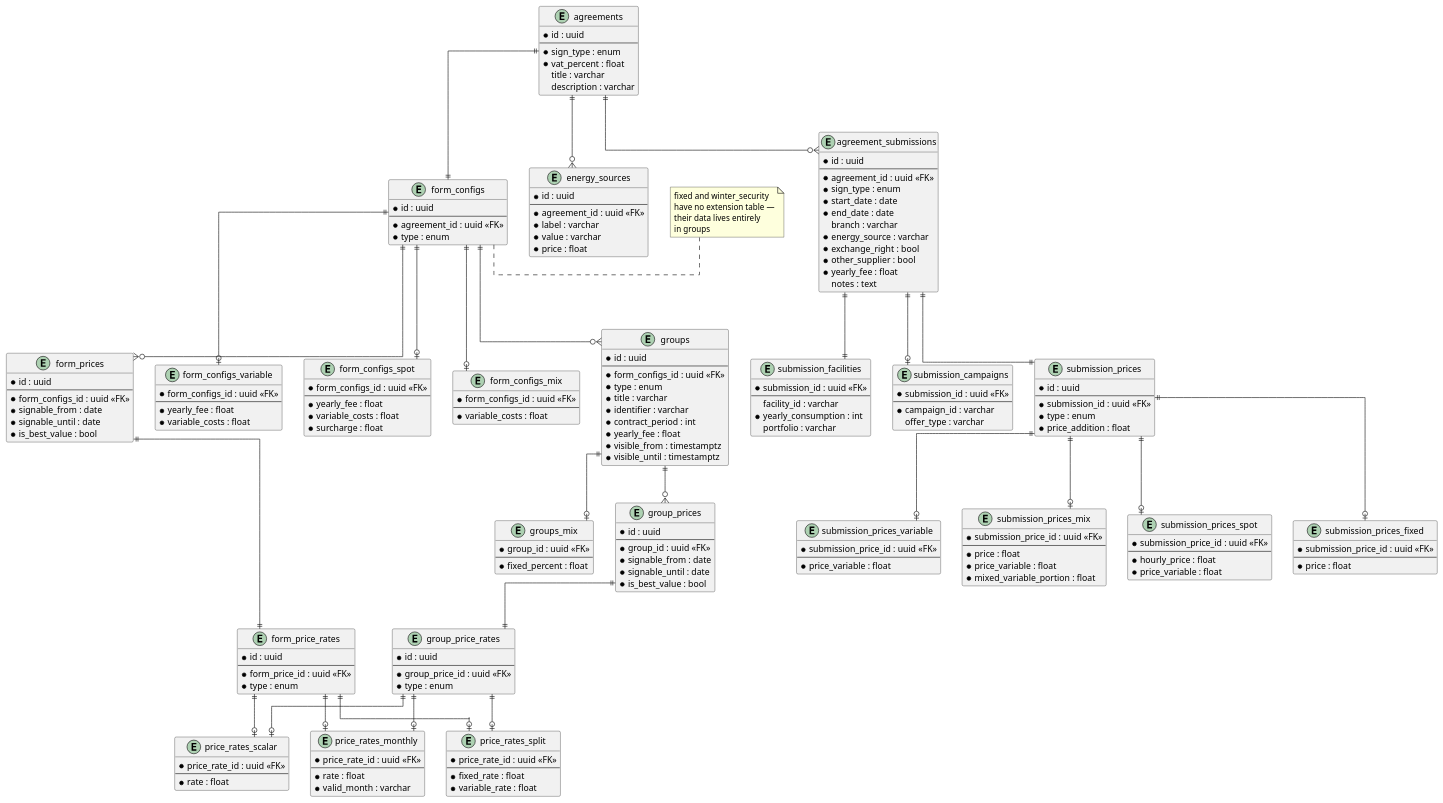
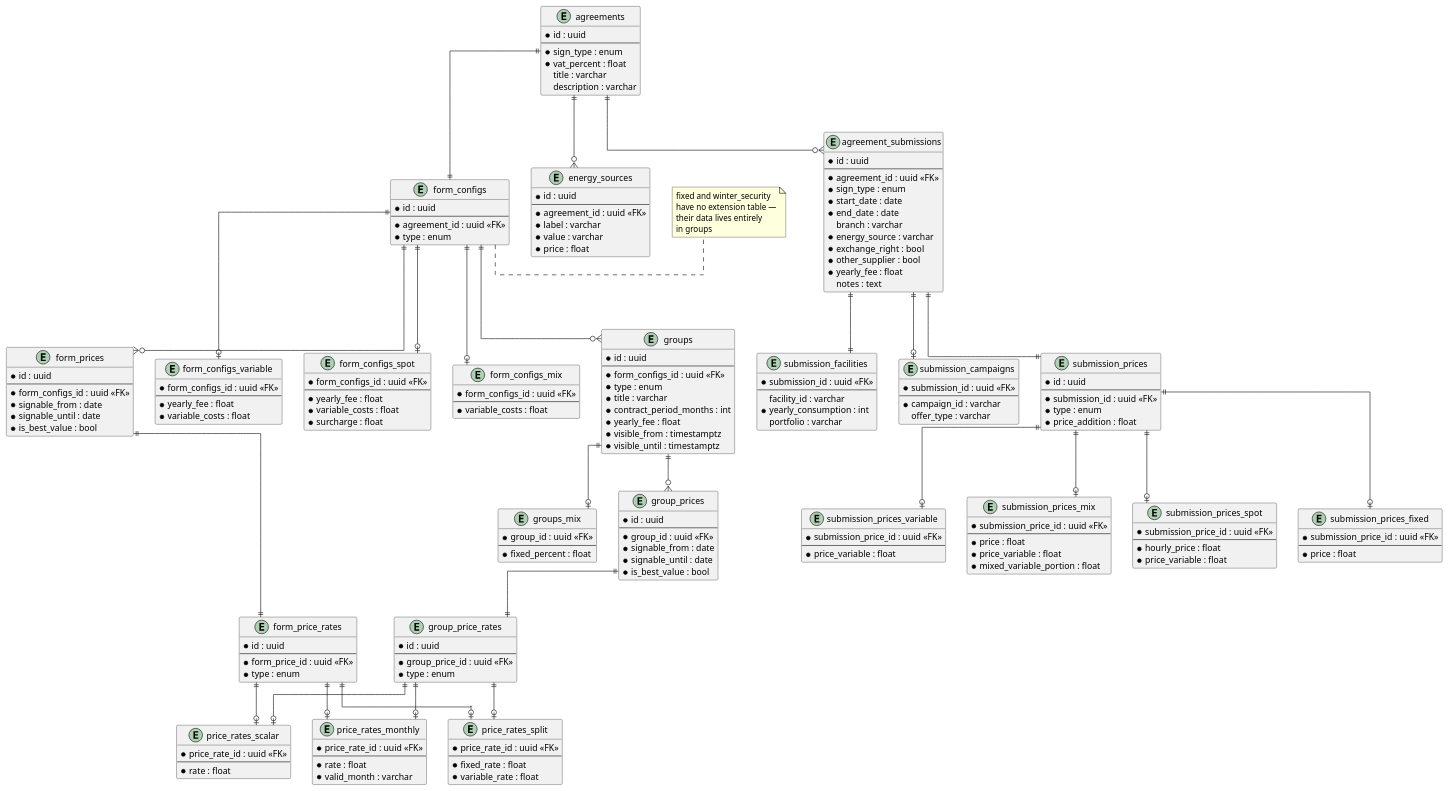
One commit to linusfri/glimr changed the diagram in architecture/database/diagram.puml. Above: the diagram before and after it, drawn with PlantUML. The commit also changed 1 other file, not shown here.

```diff
--- a/architecture/database/diagram.puml
+++ b/architecture/database/diagram.puml
@@ -84,8 +84,7 @@
   * form_configs_id : uuid <<FK>>
   * type : enum  /' fixed|mix '/
   * title : varchar
-  * identifier : varchar
-  * contract_period : int
+  * contract_period_months : int
   * yearly_fee : float
   * visible_from : timestamptz
   * visible_until : timestamptz
```
